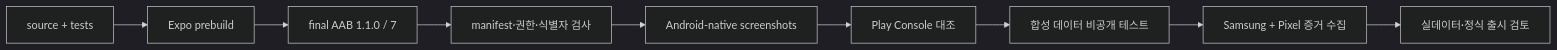
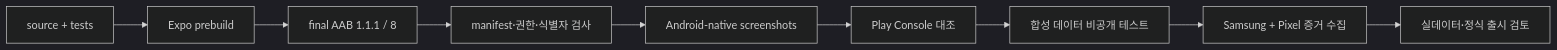
The diagram in docs/mobile-delivery.md (sinmb79/careguardian-ai), drawn with Mermaid (dark theme) before and after one commit. The commit also changed other lines of this file and 9 other files, not shown here.

````diff
--- a/docs/mobile-delivery.md
+++ b/docs/mobile-delivery.md
@@ -16,11 +16,11 @@
 ```mermaid
 flowchart LR
   Source["source + tests"] --> Prebuild["Expo prebuild"]
-  Prebuild --> AAB["final AAB 1.1.0 / 7"]
+  Prebuild --> AAB["final AAB 1.1.1 / 8"]
   AAB --> Static["manifest·권한·식별자 검사"]
   Static --> Assets["Android-native screenshots"]
   Assets --> Console["Play Console 대조"]
   Console --> Closed["합성 데이터 비공개 테스트"]
   Closed --> Device["Samsung + Pixel 증거 수집"]
   Device --> Release["실데이터·정식 출시 검토"]
 ```
````
